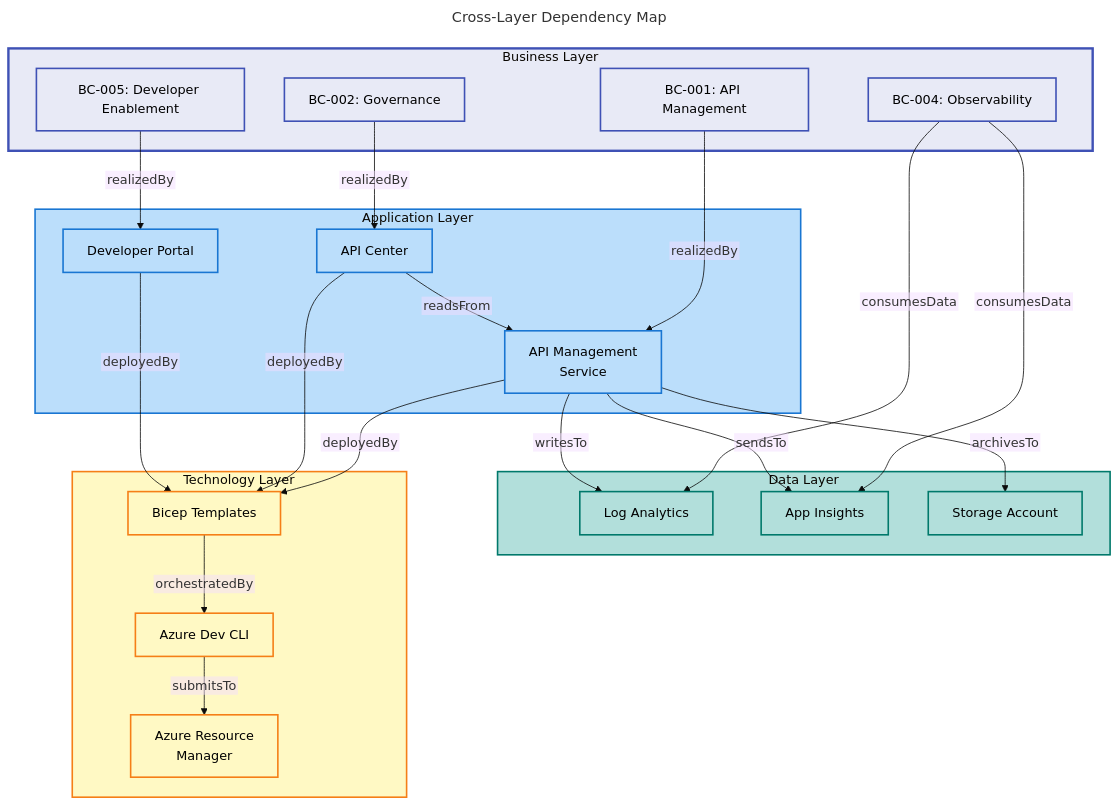
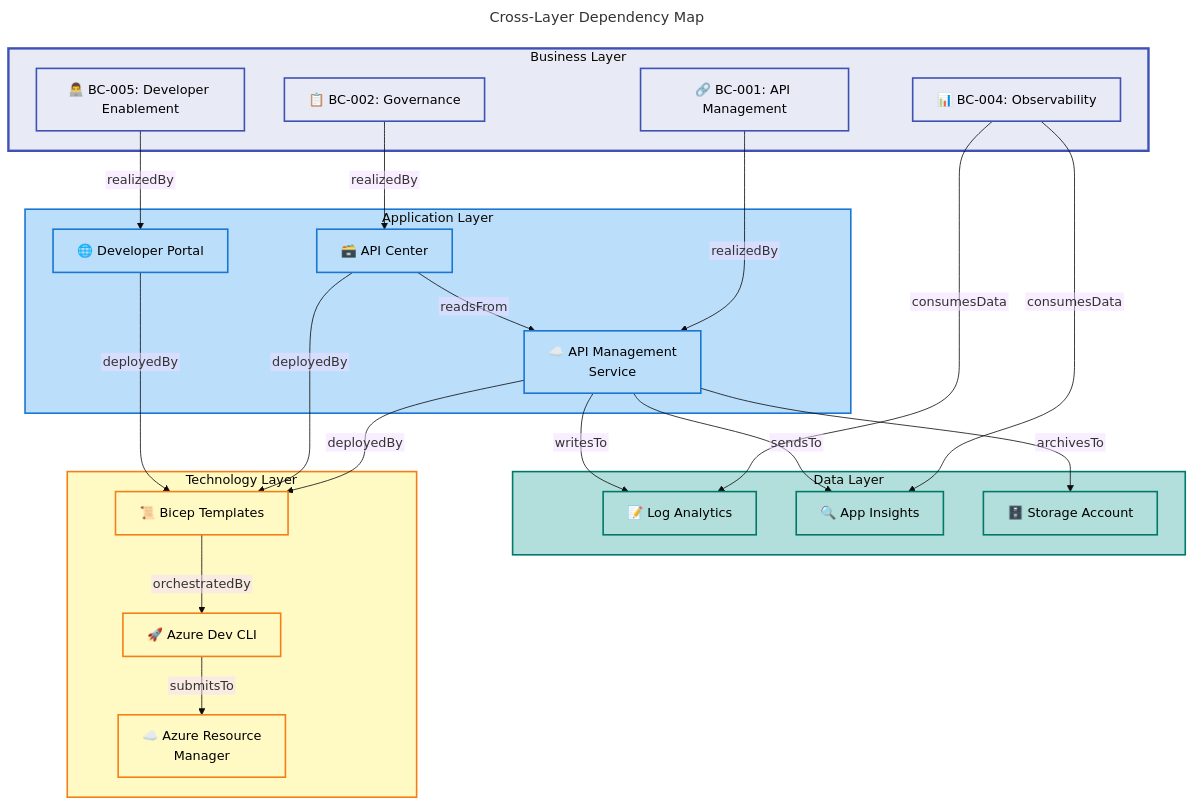
The sixth of 7 diagrams in docs/architecture/Business_Architecture_Document.md (Evilazaro/APIM-Accelerator), drawn with Mermaid before and after one commit. The commit also changed other lines of this file, not shown here.

Commit message:
Enhance Business Architecture Document with improved visual elements and semantic color coding for better clarity and understanding of architecture layers and deployment phases

````diff
--- a/docs/architecture/Business_Architecture_Document.md
+++ b/docs/architecture/Business_Architecture_Document.md
@@ -542,71 +542,82 @@
 ```mermaid
 ---
 title: Cross-Layer Dependency Map
 config:
   theme: base
   flowchart:
     htmlLabels: false
 ---
 flowchart TB
     accTitle: APIM Accelerator Cross-Layer Dependencies
     accDescr: Shows dependencies flowing from Business through Application, Data, and Technology layers
 
+    %% ============================================
+    %% COLOR SCHEME DOCUMENTATION
+    %% ============================================
+    %% Level 1 (Main Groups): Indigo 50 (#E8EAF6)
+    %% SEMANTIC COLORS by layer function:
+    %%   Business: Indigo (#E8EAF6) - Strategic capabilities
+    %%   Application: Blue (#BBDEFB) - Services
+    %%   Data: Teal (#B2DFDB) - Storage/Analytics
+    %%   Technology: Yellow (#FFF9C4) - Infrastructure
+    %% ============================================
+
     classDef bizNode fill:#E8EAF6,stroke:#3F51B5,stroke-width:2px,color:#000
     classDef appNode fill:#BBDEFB,stroke:#1976D2,stroke-width:2px,color:#000
     classDef dataNode fill:#B2DFDB,stroke:#00796B,stroke-width:2px,color:#000
     classDef techNode fill:#FFF9C4,stroke:#F57F17,stroke-width:2px,color:#000
 
     subgraph business["Business Layer"]
-        b1["BC-001: API Management"]:::bizNode
-        b2["BC-002: Governance"]:::bizNode
-        b3["BC-004: Observability"]:::bizNode
-        b4["BC-005: Developer Enablement"]:::bizNode
+        b1["🔗 BC-001: API Management"]:::bizNode
+        b2["📋 BC-002: Governance"]:::bizNode
+        b3["📊 BC-004: Observability"]:::bizNode
+        b4["👨‍💻 BC-005: Developer Enablement"]:::bizNode
     end
 
     subgraph application["Application Layer"]
-        a1["API Management<br/>Service"]:::appNode
-        a2["API Center"]:::appNode
-        a3["Developer Portal"]:::appNode
+        a1["☁️ API Management<br/>Service"]:::appNode
+        a2["🗃️ API Center"]:::appNode
+        a3["🌐 Developer Portal"]:::appNode
     end
 
     subgraph data["Data Layer"]
-        d1["Log Analytics"]:::dataNode
-        d2["App Insights"]:::dataNode
-        d3["Storage Account"]:::dataNode
+        d1["📝 Log Analytics"]:::dataNode
+        d2["🔍 App Insights"]:::dataNode
+        d3["🗄️ Storage Account"]:::dataNode
     end
 
     subgraph technology["Technology Layer"]
-        t1["Azure Resource<br/>Manager"]:::techNode
-        t2["Bicep Templates"]:::techNode
-        t3["Azure Dev CLI"]:::techNode
+        t1["☁️ Azure Resource<br/>Manager"]:::techNode
+        t2["📜 Bicep Templates"]:::techNode
+        t3["🚀 Azure Dev CLI"]:::techNode
     end
 
     %% Business to Application
     b1 -->|"realizedBy"| a1
     b2 -->|"realizedBy"| a2
     b4 -->|"realizedBy"| a3
 
     %% Business to Data
     b3 -->|"consumesData"| d1
     b3 -->|"consumesData"| d2
 
     %% Application to Data
     a1 -->|"writesTo"| d1
     a1 -->|"sendsTo"| d2
     a1 -->|"archivesTo"| d3
     a2 -->|"readsFrom"| a1
 
     %% Application to Technology
     a1 -->|"deployedBy"| t2
     a2 -->|"deployedBy"| t2
     a3 -->|"deployedBy"| t2
 
     %% Technology relationships
     t2 -->|"orchestratedBy"| t3
     t3 -->|"submitsTo"| t1
 
     style business fill:#E8EAF6,stroke:#3F51B5,stroke-width:3px
     style application fill:#BBDEFB,stroke:#1976D2,stroke-width:2px
     style data fill:#B2DFDB,stroke:#00796B,stroke-width:2px
     style technology fill:#FFF9C4,stroke:#F57F17,stroke-width:2px
 ```
````
